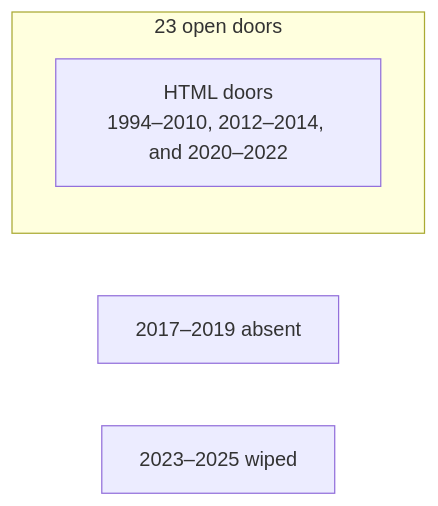
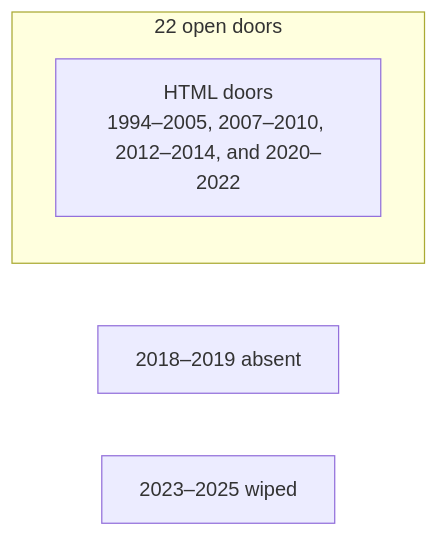
Before and after one commit to sourabhligade/internet-through-time: the second of 5 diagrams in docs/FLOW-CHECK-DIAGRAM.md, drawn with Mermaid. The commit also changed other lines of this file and 972 other files, not shown here.

````diff
--- a/docs/FLOW-CHECK-DIAGRAM.md
+++ b/docs/FLOW-CHECK-DIAGRAM.md
@@ -45,8 +45,8 @@
 ```mermaid
 flowchart LR
- subgraph PLAY["23 open doors"]
- HTML["HTML doors<br/>1994–2010, 2012–2014, and 2020–2022"]
+ subgraph PLAY["22 open doors"]
+ HTML["HTML doors<br/>1994–2005, 2007–2010, 2012–2014, and 2020–2022"]
  end
- ABSENT["2017–2019 absent"]
+ ABSENT["2018–2019 absent"]
  WIPE["2023–2025 wiped"]
 ```
````
